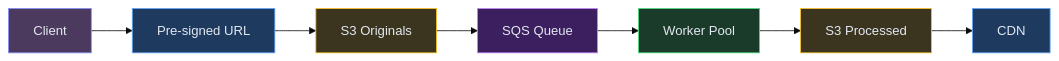
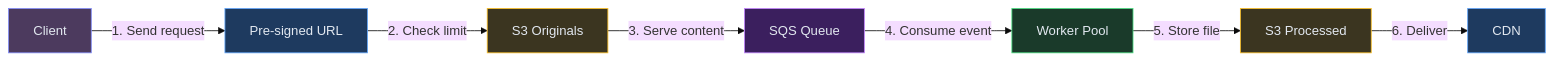
One commit to iluzn/HLD-Designs changed the eighth of 9 diagrams in content/hld/Instagram.md. Above: the diagram before and after it, drawn with Mermaid (base theme). The commit also changed other lines of this file and 27 other files, not shown here.

````diff
--- a/content/hld/Instagram.md
+++ b/content/hld/Instagram.md
@@ -431,23 +431,23 @@
 ```mermaid
 flowchart LR
     Client["Client"]:::client
     PS["Pre-signed URL"]:::edge
     S3O["S3 Originals"]:::data
     Q["SQS Queue"]:::async
     W1["Worker Pool"]:::service
     S3P["S3 Processed"]:::data
     CDN["CDN"]:::edge
 
-    Client --> PS
-    PS --> S3O
-    S3O --> Q
-    Q --> W1
-    W1 --> S3P
-    S3P --> CDN
+    Client -->|"1. Send request"| PS
+    PS -->|"2. Check limit"| S3O
+    S3O -->|"3. Serve content"| Q
+    Q -->|"4. Consume event"| W1
+    W1 -->|"5. Store file"| S3P
+    S3P -->|"6. Deliver"| CDN
 
     classDef client fill:#4c3a5e,stroke:#818cf8,color:#e2e8f0
     classDef edge fill:#1e3a5f,stroke:#60a5fa,color:#e2e8f0
     classDef service fill:#1a3a2a,stroke:#4ade80,color:#e2e8f0
     classDef async fill:#3b1f5e,stroke:#c084fc,color:#e2e8f0
     classDef data fill:#3b3520,stroke:#fbbf24,color:#e2e8f0
 ```
````
